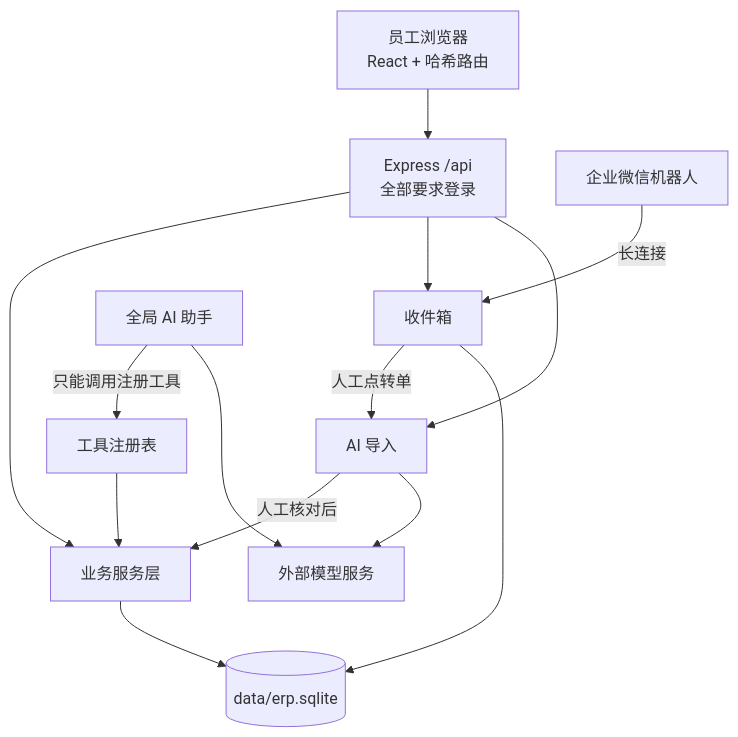
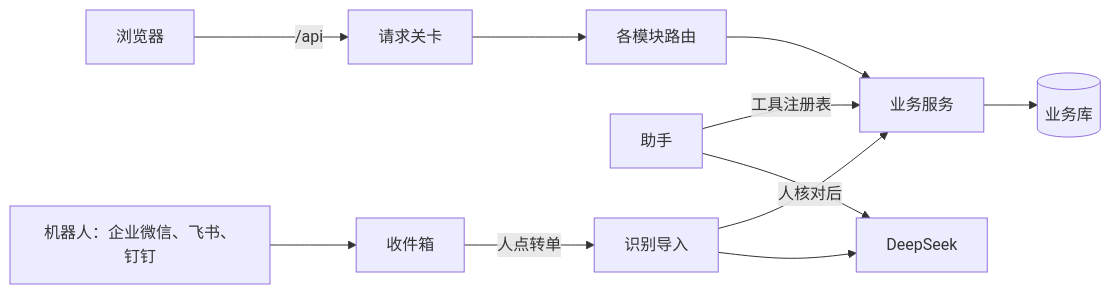
One commit to empitor/yongle-carton-erp changed the first of 2 diagrams in docs/架构说明.md. Above: the diagram before and after it, drawn with Mermaid. The commit also changed other lines of this file and 2111 other files, not shown here.

````diff
--- a/docs/架构说明.md
+++ b/docs/架构说明.md
@@ -7,16 +11,8 @@
 ```mermaid
-flowchart TD
-  U[员工浏览器<br/>React + 哈希路由] --> API[Express /api<br/>全部要求登录]
-  WX[企业微信机器人] -->|长连接| Inbox
-  A[全局 AI 助手] -->|只能调用注册工具| Tools[工具注册表]
-  Tools --> Svc
-  API --> Svc[业务服务层]
-  API --> Inbox[收件箱]
-  API --> Imp[AI 导入]
-  Inbox -->|人工点转单| Imp
-  Imp -->|人工核对后| Svc
-  Imp --> Model[外部模型服务]
-  A --> Model
-  Svc --> DB[(data/erp.sqlite)]
-  Inbox --> DB
+flowchart LR
+  B[浏览器] -->|/api| G[请求关卡] --> R[各模块路由] --> S[业务服务] --> DB[(业务库)]
+  A[助手] -->|工具注册表| S
+  WX[机器人：企业微信、飞书、钉钉] --> IN[收件箱] -->|人点转单| IMP[识别导入] -->|人核对后| S
+  IMP --> M[DeepSeek]
+  A --> M
 ```
````
